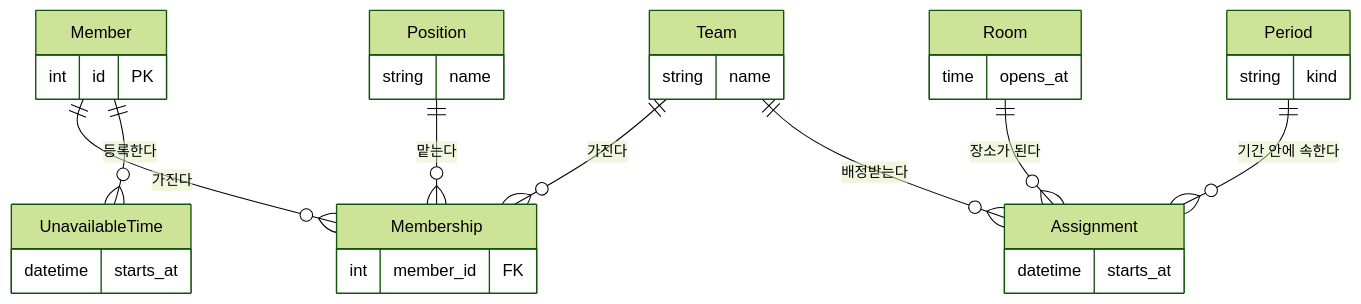
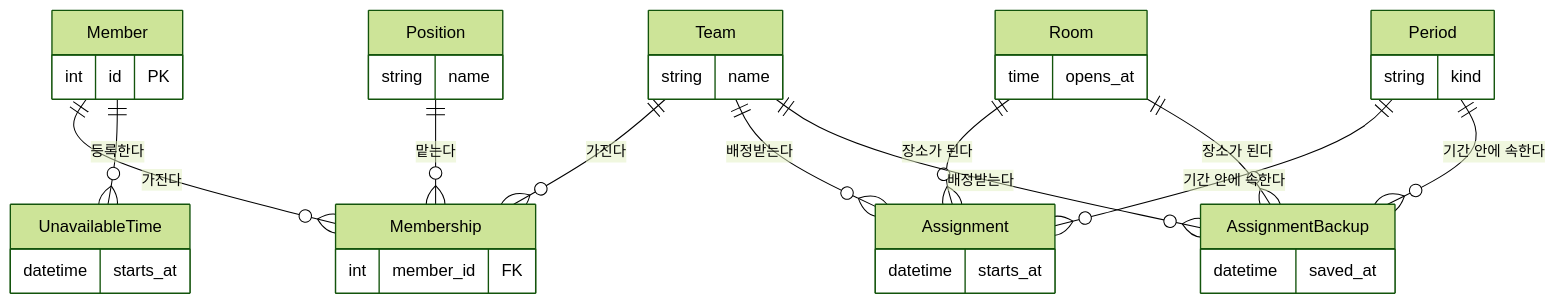
The diagram in .cluedoc/database-layer/README.md (minkong-dev/Banblit), drawn with Mermaid (forest theme) before and after one commit. The commit also changed other lines of this file and 1 other file, not shown here.

First line of the commit message:
docs: document schedule backup and rollback layer

````diff
--- a/.cluedoc/database-layer/README.md
+++ b/.cluedoc/database-layer/README.md
@@ -12,19 +12,23 @@
 ```mermaid
 erDiagram
     Member ||--o{ Membership : "가진다"
     Team ||--o{ Membership : "가진다"
     Position ||--o{ Membership : "맡는다"
     Member ||--o{ UnavailableTime : "등록한다"
     Room ||--o{ Assignment : "장소가 된다"
     Team ||--o{ Assignment : "배정받는다"
     Period ||--o{ Assignment : "기간 안에 속한다"
+    Room ||--o{ AssignmentBackup : "장소가 된다"
+    Team ||--o{ AssignmentBackup : "배정받는다"
+    Period ||--o{ AssignmentBackup : "기간 안에 속한다"
 
     Member { int id PK }
     Position { string name }
     Team { string name }
     Membership { int member_id FK }
     UnavailableTime { datetime starts_at }
     Room { time opens_at }
     Period { string kind }
     Assignment { datetime starts_at }
+    AssignmentBackup { datetime saved_at }
 ```
````
